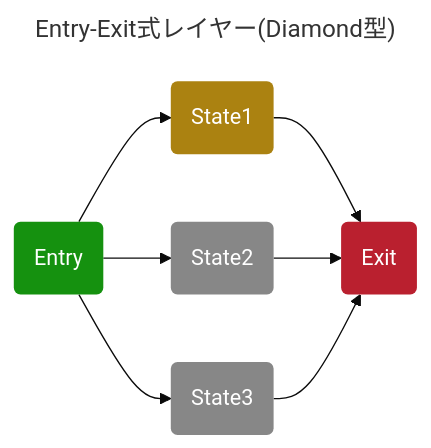
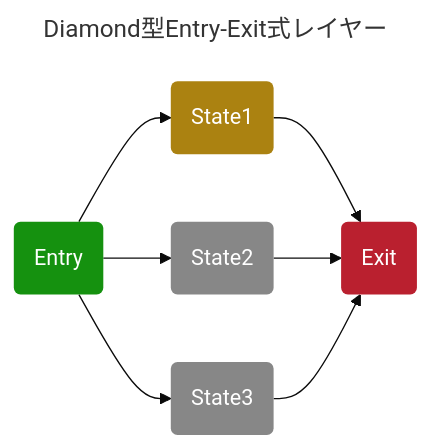
The second of 3 diagrams in .docs/content/docs/reference/trace-and-optimize/index.ja.md (anatawa12/AvatarOptimizer), drawn with Mermaid (base theme) before and after one commit. The commit also changed other lines of this file, not shown here.

Commit message:
docs: ちょっと戻す

````diff
--- a/.docs/content/docs/reference/trace-and-optimize/index.ja.md
+++ b/.docs/content/docs/reference/trace-and-optimize/index.ja.md
@@ -102,22 +102,22 @@
   ```mermaid
   ---
-  title: Entry-Exit式レイヤー(Diamond型)
+  title: Diamond型Entry-Exit式レイヤー
   ---
   graph LR;
         Entry(Entry);
         Entry --> State1(State1);
         Entry --> State2(State2);
         Entry --> State3(State3);
         State1 --> Exit(Exit);
         State2 --> Exit;
         State3 --> Exit;
   
   classDef default fill:#ab8211
   classDef node stroke-width:0px,color:#ffffff
   classDef state fill:#878787
   style Exit fill:#ba202f
   style Entry fill:#15910f
   class Entry,State1,State2,Exit node
   class State1 default
   class State2,State3 state
   ```
````
